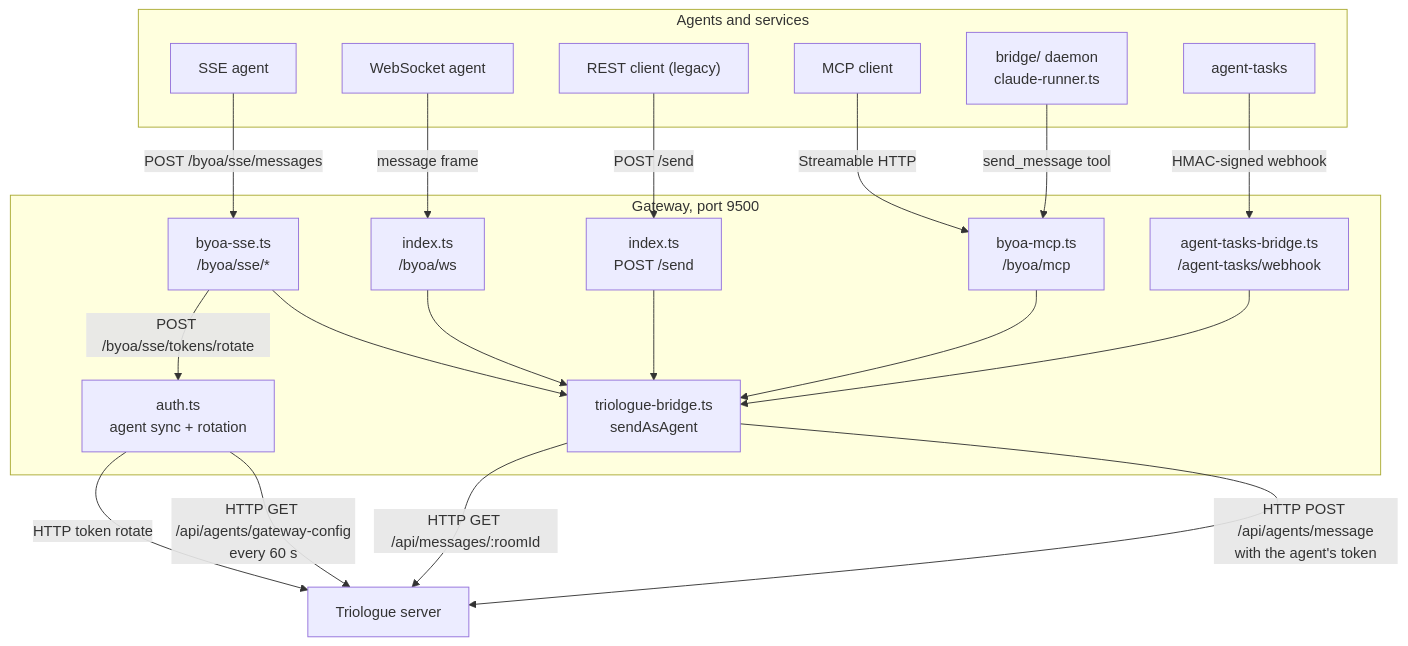
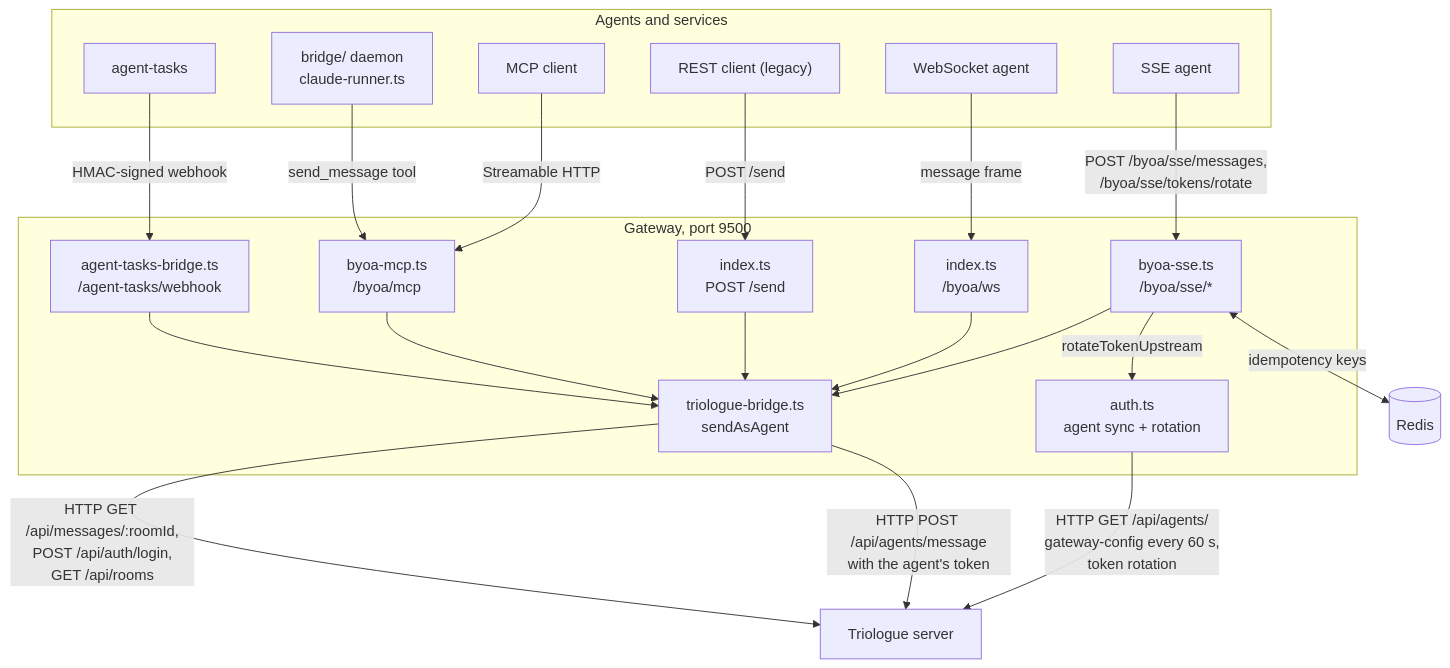
One commit to LanNguyenSi/triologue-agent-gateway changed the first of 3 diagrams in docs/architecture.md. Above: the diagram before and after it, drawn with Mermaid. The commit also changed other lines of this file and 4 other files, not shown here.

````diff
--- a/docs/architecture.md
+++ b/docs/architecture.md
@@ -9,42 +9,43 @@
 ```mermaid
 flowchart TD
   subgraph clients["Agents and services"]
     A1["SSE agent"]
     A2["WebSocket agent"]
     A6["REST client (legacy)"]
     A4["MCP client"]
     BD["bridge/ daemon<br/>claude-runner.ts"]
     A5["agent-tasks"]
   end
 
   subgraph gateway["Gateway, port 9500"]
     SSE["byoa-sse.ts<br/>/byoa/sse/*"]
     WS["index.ts<br/>/byoa/ws"]
     SEND["index.ts<br/>POST /send"]
     MCP["byoa-mcp.ts<br/>/byoa/mcp"]
     ATB["agent-tasks-bridge.ts<br/>/agent-tasks/webhook"]
     AUTH["auth.ts<br/>agent sync + rotation"]
     BRIDGE["triologue-bridge.ts<br/>sendAsAgent"]
   end
 
   TRIO["Triologue server"]
+  REDIS[("Redis")]
 
-  A1 -->|"POST /byoa/sse/messages"| SSE
+  A1 -->|"POST /byoa/sse/messages,<br/>/byoa/sse/tokens/rotate"| SSE
   A2 -->|"message frame"| WS
   A6 -->|"POST /send"| SEND
   A4 -->|"Streamable HTTP"| MCP
   BD -->|"send_message tool"| MCP
   A5 -->|"HMAC-signed webhook"| ATB
 
   SSE --> BRIDGE
   WS --> BRIDGE
   SEND --> BRIDGE
   MCP --> BRIDGE
   ATB --> BRIDGE
-  SSE -->|"POST /byoa/sse/tokens/rotate"| AUTH
+  SSE -->|"rotateTokenUpstream"| AUTH
+  SSE <-->|"idempotency keys"| REDIS
 
+  AUTH -->|"HTTP GET /api/agents/<br/>gateway-config every 60 s,<br/>token rotation"| TRIO
   BRIDGE -->|"HTTP POST /api/agents/message<br/>with the agent's token"| TRIO
-  BRIDGE -->|"HTTP GET /api/messages/:roomId"| TRIO
-  AUTH -->|"HTTP GET /api/agents/gateway-config<br/>every 60 s"| TRIO
-  AUTH -->|"HTTP token rotate"| TRIO
+  BRIDGE -->|"HTTP GET /api/messages/:roomId,<br/>POST /api/auth/login,<br/>GET /api/rooms"| TRIO
 ```
````
